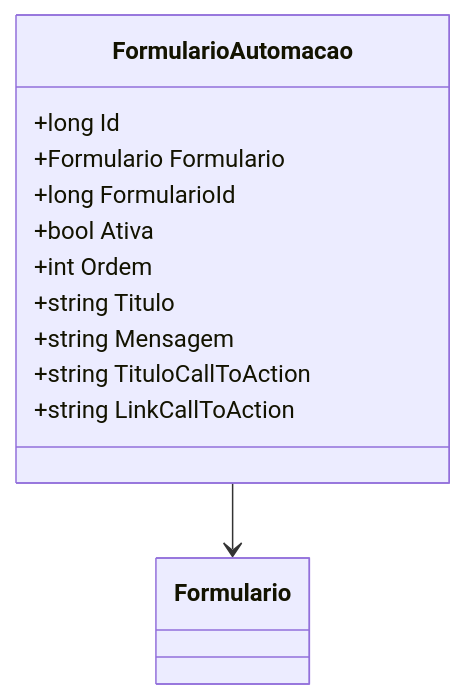
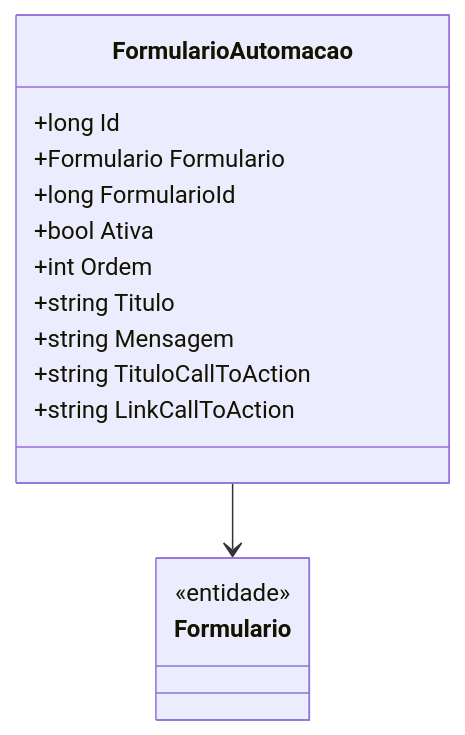
Before and after one commit to IsthmusSistemas/documentacao-tecnica: the diagram in docs/b2b-dominio/IsthmusWinthor.Nucleo/IsthmusWinthor.Dominio/Entidades/FormularioAutomacao.md, drawn with Mermaid. The commit also changed other lines of this file and 882 other files, not shown here.

````diff
--- a/docs/b2b-dominio/IsthmusWinthor.Nucleo/IsthmusWinthor.Dominio/Entidades/FormularioAutomacao.md
+++ b/docs/b2b-dominio/IsthmusWinthor.Nucleo/IsthmusWinthor.Dominio/Entidades/FormularioAutomacao.md
@@ -22,16 +18,18 @@
 ```mermaid
 classDiagram
     class FormularioAutomacao {
         +long Id
         +Formulario Formulario
         +long FormularioId
         +bool Ativa
         +int Ordem
         +string Titulo
         +string Mensagem
         +string TituloCallToAction
         +string LinkCallToAction
     }
-
+    class Formulario {
+        <<entidade>>
+    }
     FormularioAutomacao --> Formulario
 ```
````
